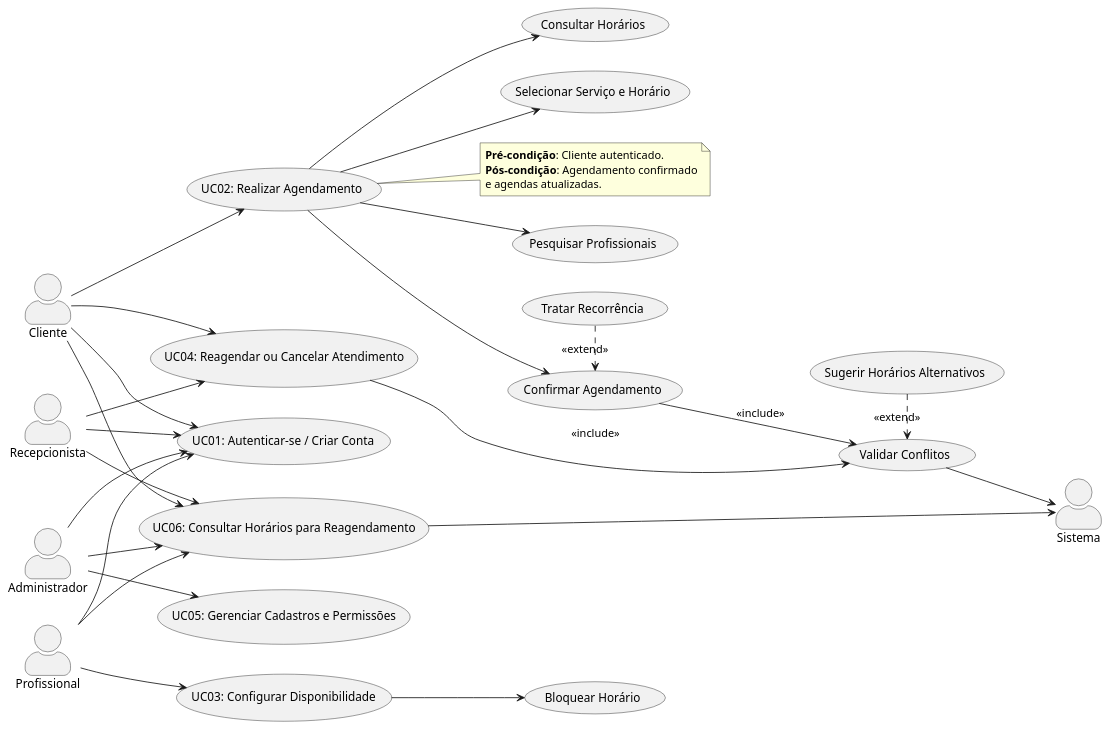
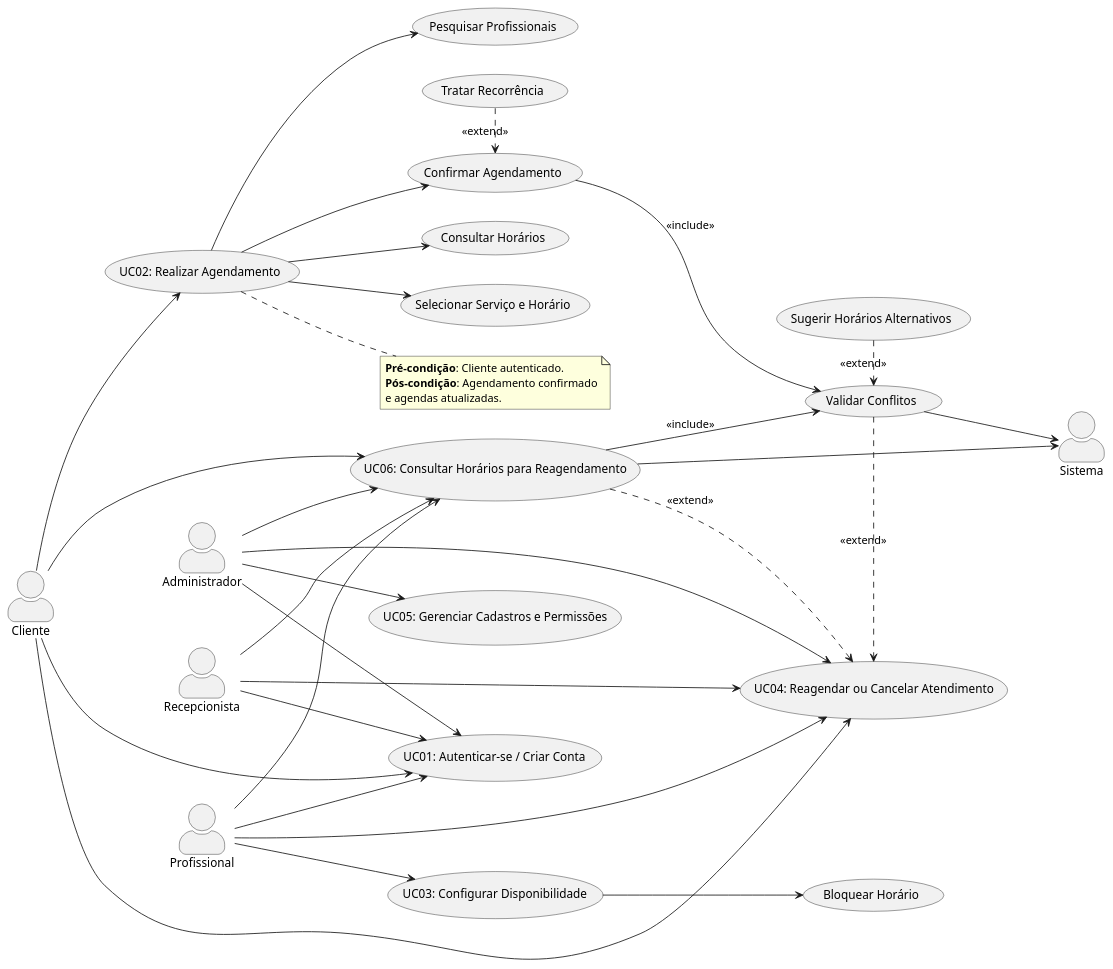
One commit to Projetos-de-Extensao/PBE_26.2_8002_I changed the first of 2 diagrams in docs/Elaboracao/levreq.md. Above: the diagram before and after it, drawn with PlantUML. The commit also changed other lines of this file and 6 other files, not shown here.

````diff
--- a/docs/Elaboracao/levreq.md
+++ b/docs/Elaboracao/levreq.md
@@ -199,69 +228,73 @@
 ```plantuml
 @startuml AgendamentoMultidisciplinar_CasosDeUso
 
 left to right direction
 skinparam actorStyle awesome
 
 actor Cliente
 actor Profissional
 actor Recepcionista
 actor Administrador
 actor "Sistema" as Sistema
 
 usecase (UC01: Autenticar-se / Criar Conta) as UC01
 
 usecase (UC02: Realizar Agendamento) as UC02
 usecase (Pesquisar Profissionais) as UC02_1
 usecase (Consultar Horários) as UC02_2
 usecase (Selecionar Serviço e Horário) as UC02_3
 usecase (Confirmar Agendamento) as UC02_4
 usecase (Validar Conflitos) as UC02_V
 usecase (Sugerir Horários Alternativos) as FA_Conflito
 usecase (Tratar Recorrência) as FA_Recorrencia
 
 usecase (UC03: Configurar Disponibilidade) as UC03
 usecase (Bloquear Horário) as UC03_1
 
 usecase (UC04: Reagendar ou Cancelar Atendimento) as UC04
 
 usecase (UC05: Gerenciar Cadastros e Permissões) as UC05
 usecase (UC06: Consultar Horários para Reagendamento) as UC06
 
 Cliente --> UC01
 Profissional --> UC01
 Recepcionista --> UC01
 Administrador --> UC01
 
 Cliente --> UC02
 UC02 --> UC02_1
 UC02 --> UC02_2
 UC02 --> UC02_3
 UC02 --> UC02_4
 UC02_4 --> UC02_V : <<include>>
 UC02_V --> Sistema
 FA_Conflito .> UC02_V : <<extend>>
 FA_Recorrencia .> UC02_4 : <<extend>>
 
 Profissional --> UC03
 UC03 --> UC03_1
 
 Cliente --> UC04
+Profissional --> UC04
 Recepcionista --> UC04
-UC04 --> UC02_V : <<include>>
+Administrador --> UC04
+UC06 .> UC04 : <<extend>>
+UC06 --> UC02_V : <<include>>
+UC02_V .> UC04 : <<extend>>
 
 Administrador --> UC05
 
 Cliente --> UC06
 Profissional --> UC06
 Recepcionista --> UC06
 Administrador --> UC06
 UC06 --> Sistema
 
 note right of UC02
   **Pré-condição**: Cliente autenticado.
   **Pós-condição**: Agendamento confirmado
   e agendas atualizadas.
 end note
 
 @enduml
 ```
````
